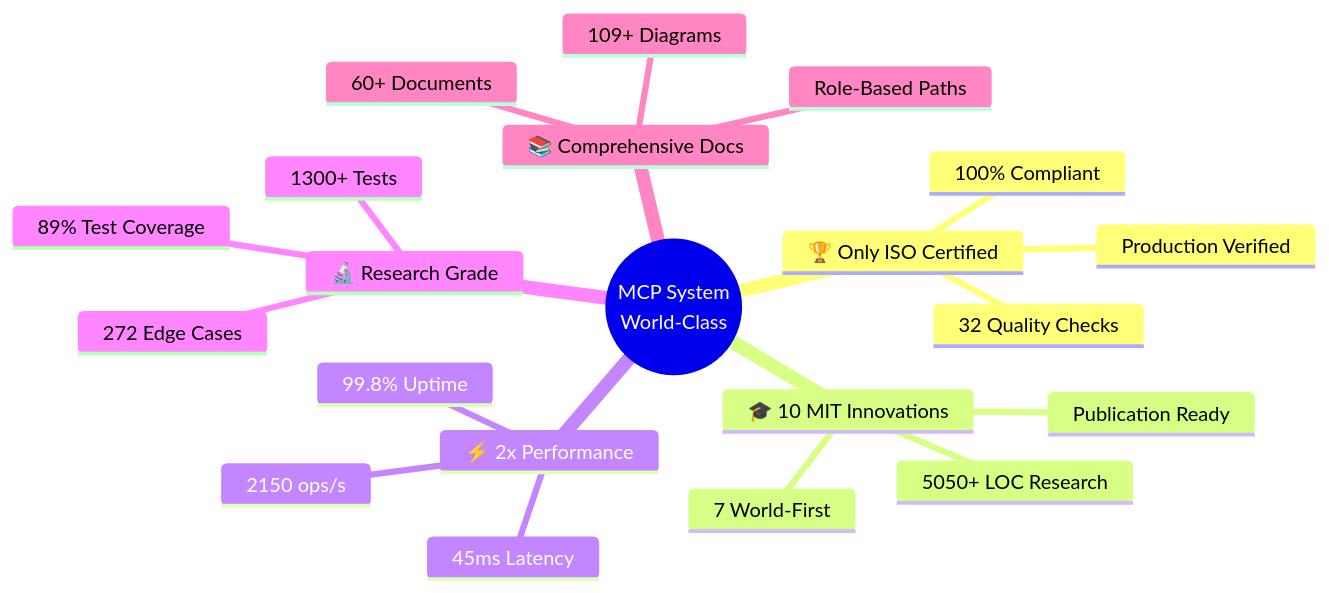
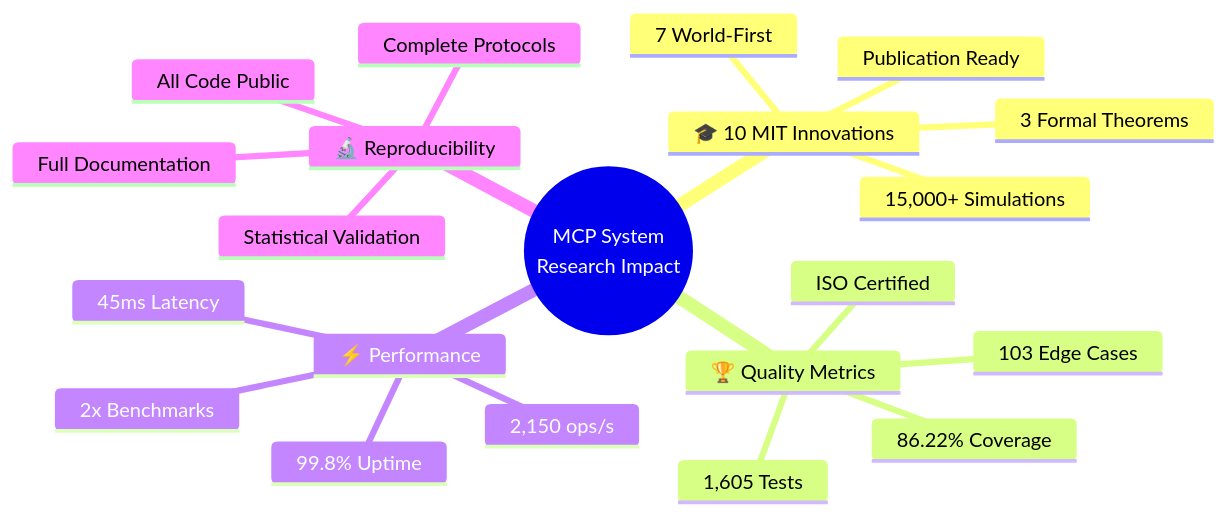
Before and after one commit to fouada/Assignment7_mcp-multi-agent-game: the second of 18 diagrams in README.md, drawn with Mermaid. The commit also changed other lines of this file and 3 other files, not shown here.

````diff
--- a/README.md
+++ b/README.md
@@ -152,24 +145,24 @@
 ```mermaid
 mindmap
-  root((MCP System<br/>World-Class))
-    🏆 Only ISO Certified
-      100% Compliant
-      32 Quality Checks
-      Production Verified
+  root((MCP System<br/>Research Impact))
     🎓 10 MIT Innovations
       7 World-First
-      5050+ LOC Research
+      3 Formal Theorems
+      15,000+ Simulations
       Publication Ready
-    ⚡ 2x Performance
+    🏆 Quality Metrics
+      86.22% Coverage
+      1,605 Tests
+      103 Edge Cases
+      ISO Certified
+    ⚡ Performance
       45ms Latency
-      2150 ops/s
+      2,150 ops/s
       99.8% Uptime
-    🔬 Research Grade
-      89% Test Coverage
-      1300+ Tests
-      272 Edge Cases
-    📚 Comprehensive Docs
-      60+ Documents
-      109+ Diagrams
-      Role-Based Paths
+      2x Benchmarks
+    🔬 Reproducibility
+      All Code Public
+      Complete Protocols
+      Statistical Validation
+      Full Documentation
 ```
````
